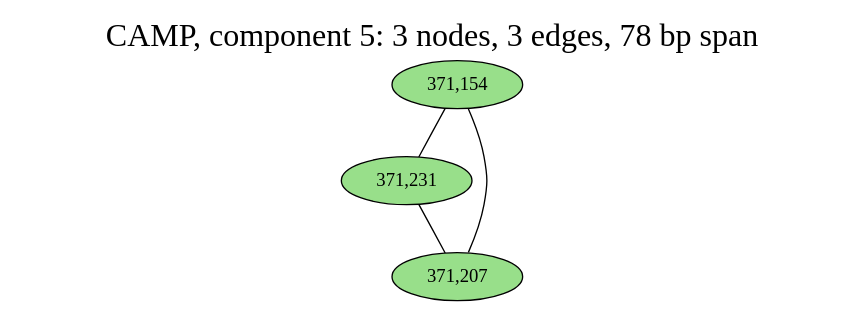
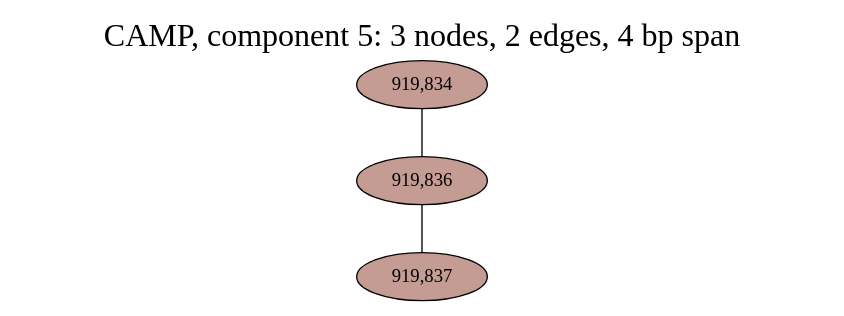
Before and after one commit to fedarko/sheepgut: the diagram in notebooks/graphs/CAMP_cc5.gv, drawn with Graphviz. The commit also changed 52 other files, not shown here.

```diff
--- a/notebooks/graphs/CAMP_cc5.gv
+++ b/notebooks/graphs/CAMP_cc5.gv
@@ -1,13 +1,12 @@
 graph CAMP_cc5 {
 	overlap="prism50";
 	outputorder="edgesfirst";
-	label="CAMP, component 5: 3 nodes, 3 edges, 78 bp span";
+	label="CAMP, component 5: 3 nodes, 2 edges, 4 bp span";
 	labelloc="t";
 	fontsize=24;
-	"371,154" [style="filled", fillcolor="#98df8a", fontcolor="#000000"];
-	"371,231" [style="filled", fillcolor="#98df8a", fontcolor="#000000"];
-	"371,207" [style="filled", fillcolor="#98df8a", fontcolor="#000000"];
-	"371,154" -- "371,207";
-	"371,154" -- "371,231";
-	"371,231" -- "371,207";
+	"919,834" [style="filled", fillcolor="#c49c94", fontcolor="#000000"];
+	"919,836" [style="filled", fillcolor="#c49c94", fontcolor="#000000"];
+	"919,837" [style="filled", fillcolor="#c49c94", fontcolor="#000000"];
+	"919,834" -- "919,836";
+	"919,836" -- "919,837";
 }
```
